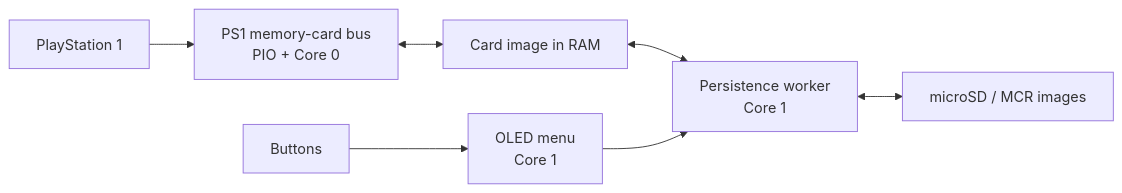
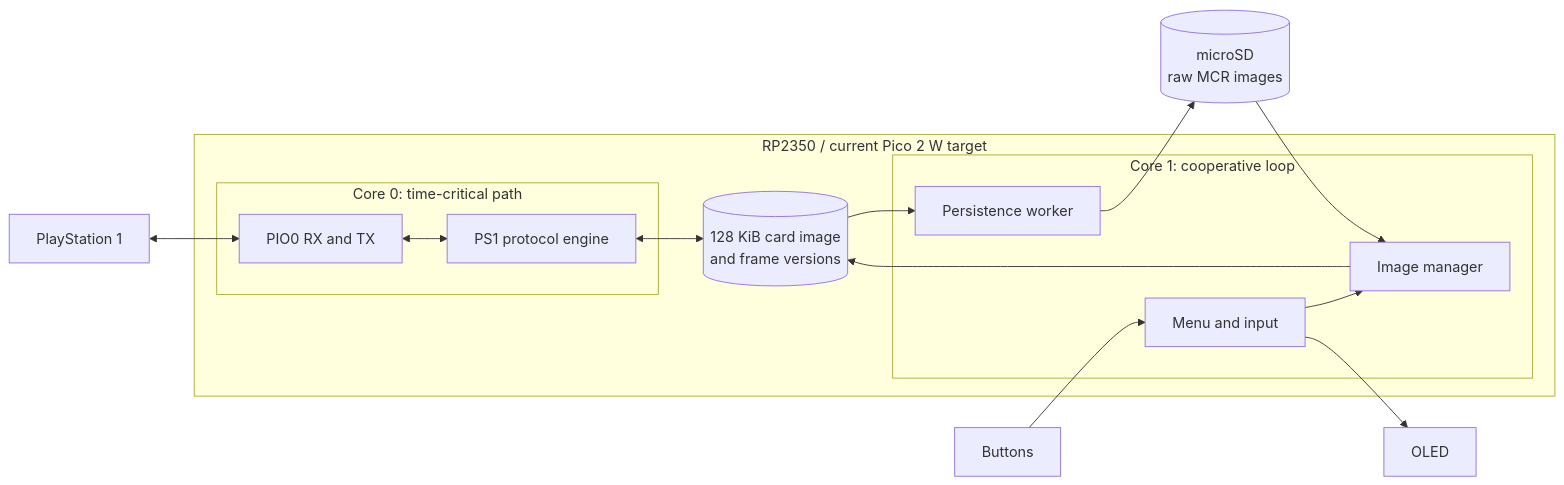
One commit to Blachovsky/PS-microCard changed the diagram in README.md. Above: the diagram before and after it, drawn with Mermaid. The commit also changed other lines of this file and 8 other files, not shown here.

````diff
--- a/README.md
+++ b/README.md
@@ -70,11 +70,26 @@
 ```mermaid
 flowchart LR
-    PS1[PlayStation 1] --> BUS[PS1 memory-card bus<br/>PIO + Core 0]
-    BUS <--> RAM[Card image in RAM]
+    PS1[PlayStation 1]
+    SD[(microSD<br/>raw MCR images)]
+    OLED[OLED]
+    BUTTONS[Buttons]
 
-    RAM <--> STORAGE[Persistence worker<br/>Core 1]
-    STORAGE <--> SD[microSD / MCR images]
+    subgraph MCU[RP2350 / current Pico 2 W target]
+        subgraph C0[Core 0: time-critical path]
+            PIO[PIO0 RX and TX]
+            BUS[PS1 protocol engine]
+        end
+        RAM[(128 KiB card image<br/>and frame versions)]
+        subgraph C1[Core 1: cooperative loop]
+            WORKER[Persistence worker]
+            IMAGES[Image manager]
+            MENU[Menu and input]
+        end
+    end
 
-    BUTTONS[Buttons] --> UI[OLED menu<br/>Core 1]
-    UI --> STORAGE
+    PS1 <--> PIO <--> BUS <--> RAM
+    RAM --> WORKER --> SD
+    SD --> IMAGES --> RAM
+    BUTTONS --> MENU --> IMAGES
+    MENU --> OLED
 ```
````
